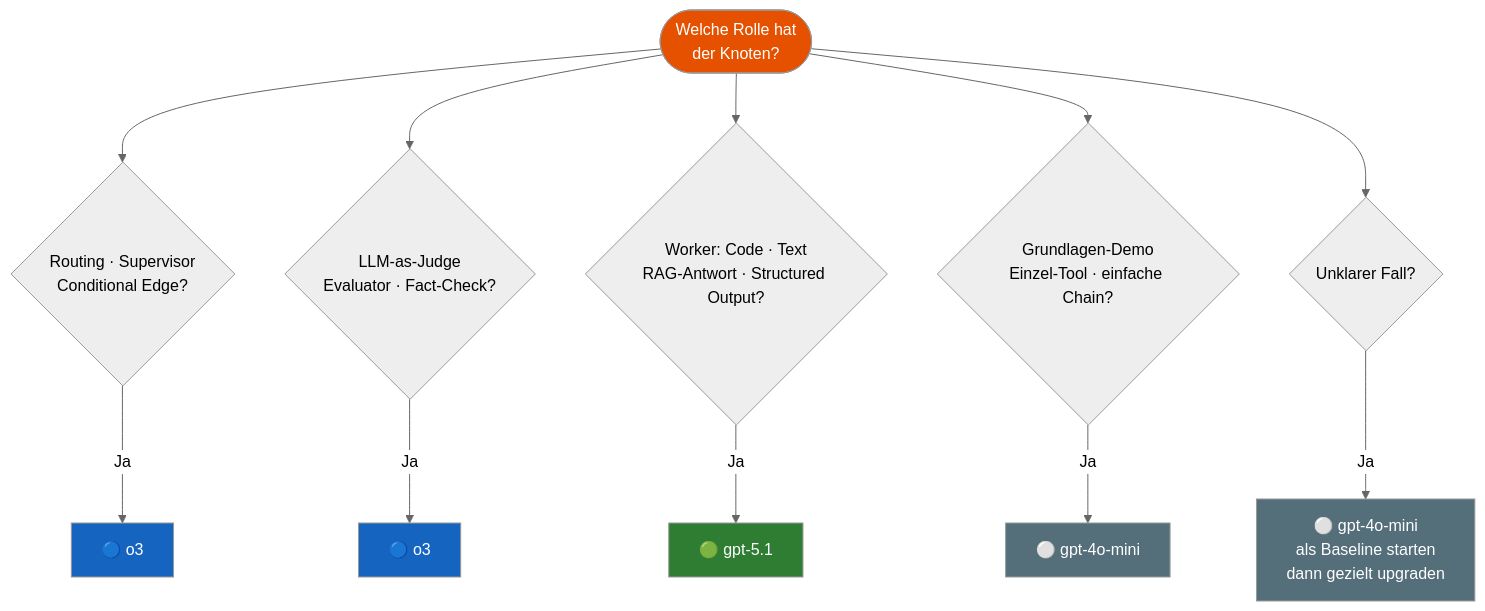
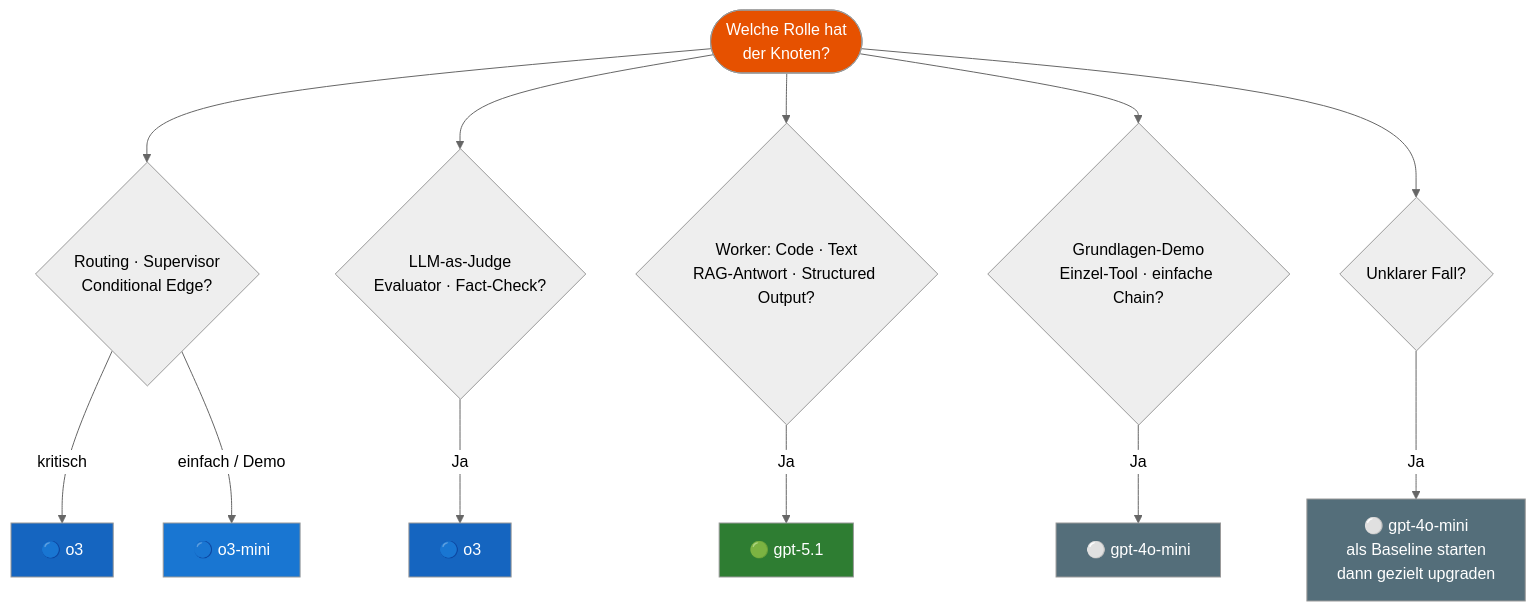
Before and after one commit to ralf-42/Agenten: the diagram in docs/frameworks/Modell_Auswahl_Guide.md, drawn with Mermaid (neutral theme). The commit also changed other lines of this file and 5 other files, not shown here.

````diff
--- a/docs/frameworks/Modell_Auswahl_Guide.md
+++ b/docs/frameworks/Modell_Auswahl_Guide.md
@@ -96,23 +114,25 @@
 ```mermaid
 flowchart TD
     START(["Welche Rolle hat\nder Knoten?"])
 
     START --> R{"Routing · Supervisor\nConditional Edge?"}
     START --> J{"LLM-as-Judge\nEvaluator · Fact-Check?"}
     START --> W{"Worker: Code · Text\nRAG-Antwort · Structured Output?"}
     START --> G{"Grundlagen-Demo\nEinzel-Tool · einfache Chain?"}
     START --> U{"Unklarer Fall?"}
 
-    R -->|Ja| O3A["🔵 o3"]
+    R -->|kritisch| O3A["🔵 o3"]
+    R -->|einfach / Demo| O3M["🔵 o3-mini"]
     J -->|Ja| O3B["🔵 o3"]
     W -->|Ja| GP["🟢 gpt-5.1"]
     G -->|Ja| MINI["⚪ gpt-4o-mini"]
     U -->|Ja| BASE["⚪ gpt-4o-mini\nals Baseline starten\ndann gezielt upgraden"]
 
     style O3A  fill:#1565C0,color:#fff
+    style O3M  fill:#1976D2,color:#fff
     style O3B  fill:#1565C0,color:#fff
     style GP   fill:#2E7D32,color:#fff
     style MINI fill:#546E7A,color:#fff
     style BASE fill:#546E7A,color:#fff
     style START fill:#E65100,color:#fff
 ```
````
